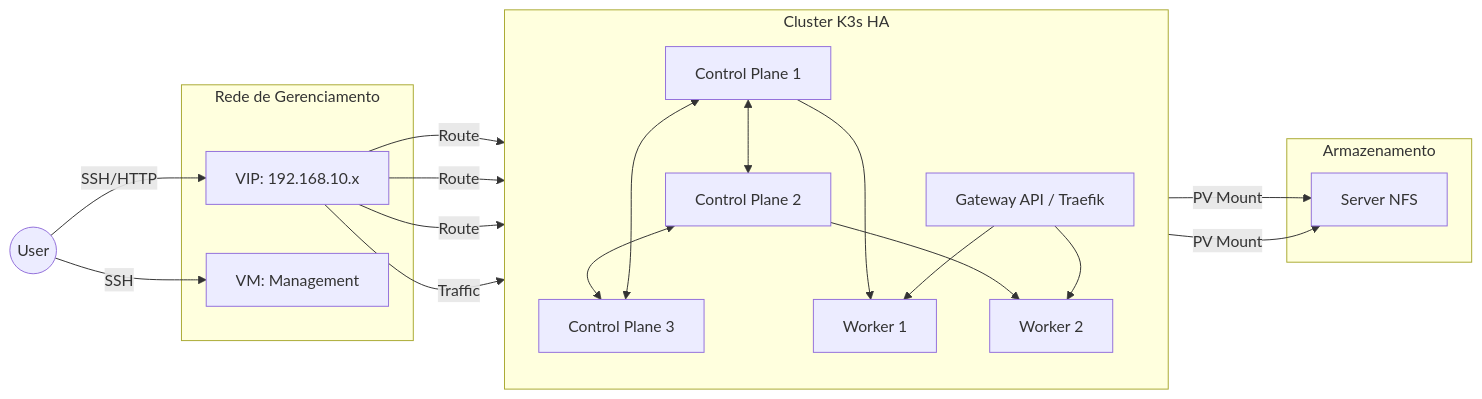
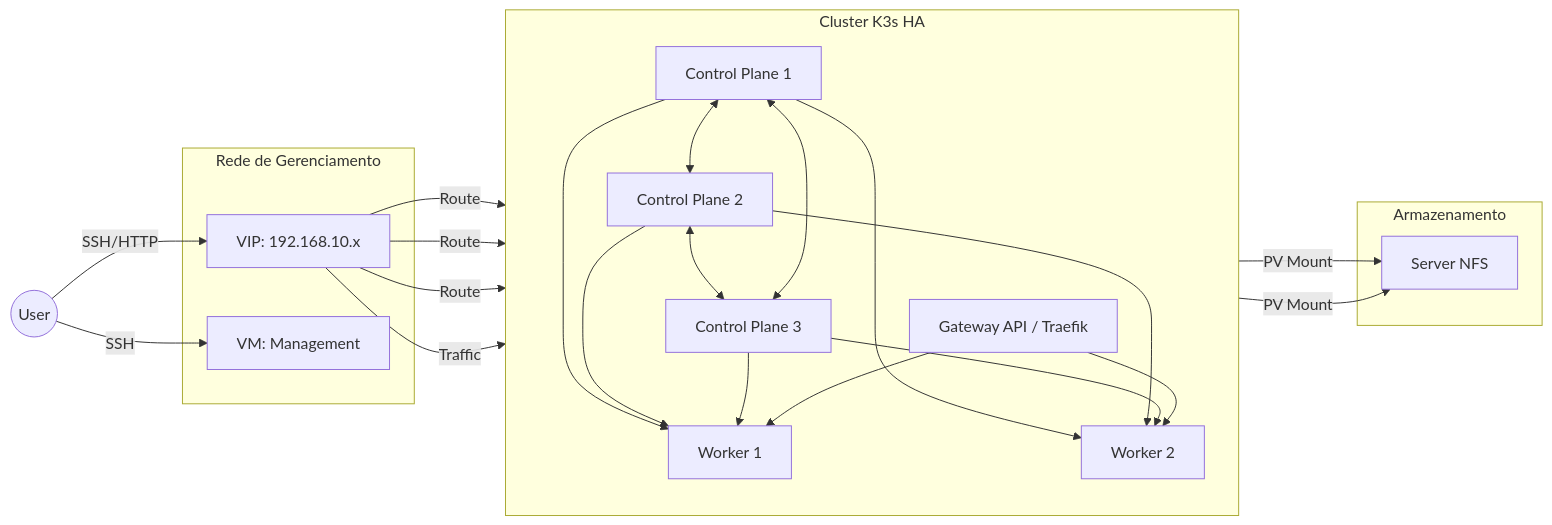
The diagram in scripts-k3s-kubernetes-v2/README.md (hugllaslima/proxmox-ve-automation), drawn with Mermaid before and after one commit.

Commit message:
K3s na 'Versão 2' - Testado e Homologado

````diff
--- a/scripts-k3s-kubernetes-v2/README.md
+++ b/scripts-k3s-kubernetes-v2/README.md
@@ -71,35 +71,39 @@
 ```mermaid
 graph LR
     User((User)) -->|SSH/HTTP| MetalLB
     User -->|SSH| Management
     
     subgraph Management_Net [Rede de Gerenciamento]
         Management[VM: Management]
         MetalLB[VIP: 192.168.10.x]
     end
 
     subgraph Cluster_K3s [Cluster K3s HA]
         direction TB
         CP1[Control Plane 1] <--> CP2[Control Plane 2]
         CP2 <--> CP3[Control Plane 3]
         CP3 <--> CP1
         
         MetalLB -->|Route| CP1
         MetalLB -->|Route| CP2
         MetalLB -->|Route| CP3
         
         CP1 --> Worker1[Worker 1]
-        CP2 --> Worker2[Worker 2]
+        CP1 --> Worker2[Worker 2]
+        CP2 --> Worker1
+        CP2 --> Worker2
+        CP3 --> Worker1
+        CP3 --> Worker2
         
         Gateway[Gateway API / Traefik] --> Worker1
         Gateway --> Worker2
         MetalLB -->|Traffic| Gateway
     end
 
     subgraph Storage [Armazenamento]
         NFS[Server NFS]
     end
 
     Worker1 -->|PV Mount| NFS
     Worker2 -->|PV Mount| NFS
 ```
````
